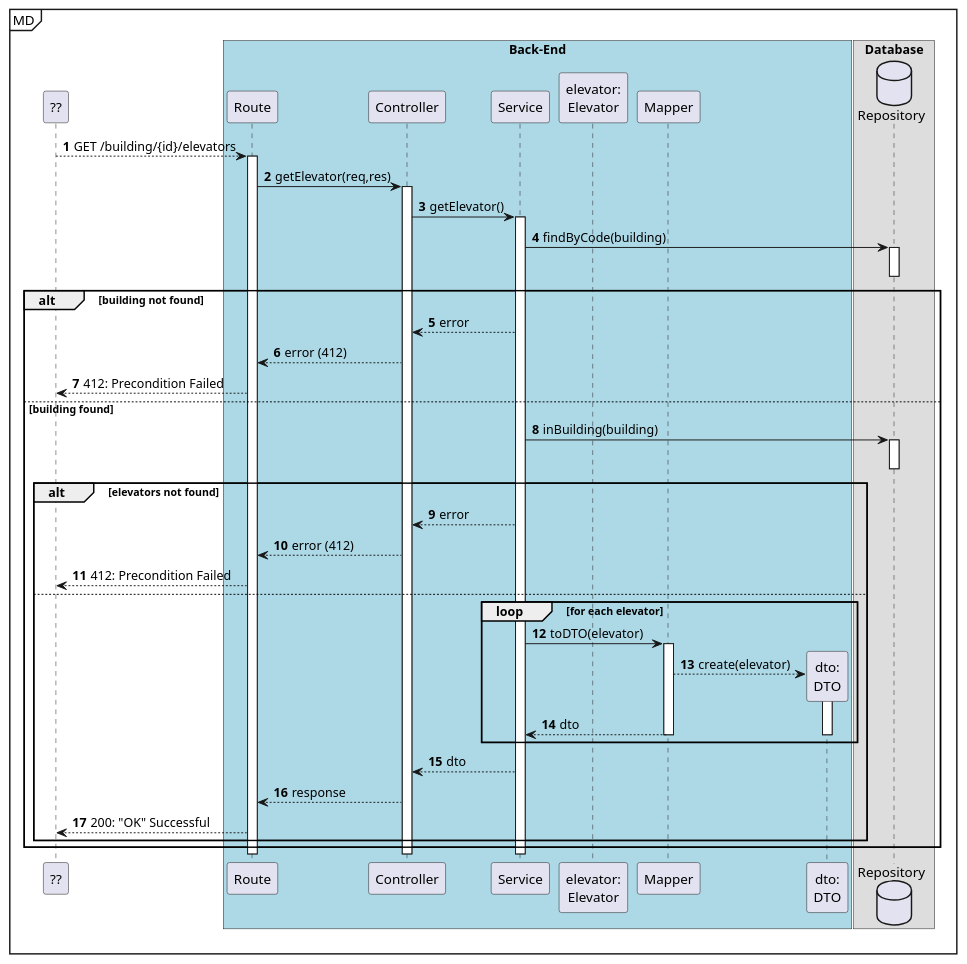
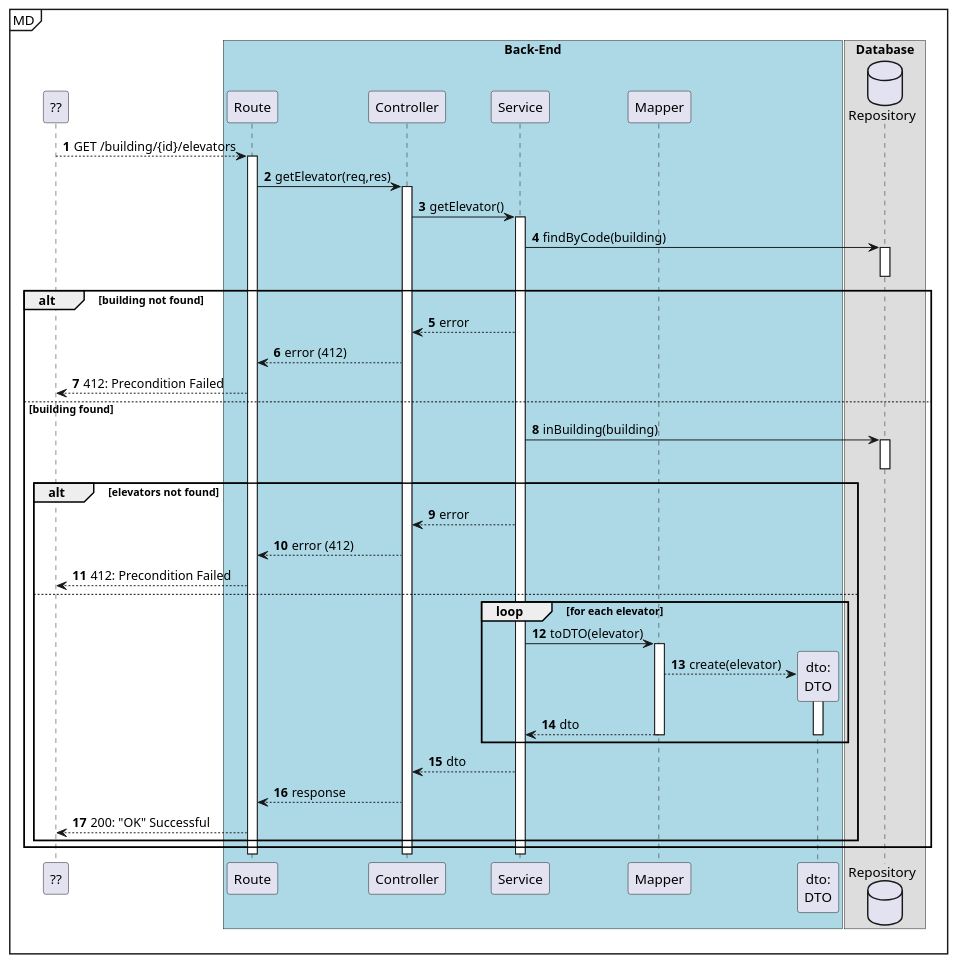
The diagram in docs/us290/level3/process-view.puml (Departamento-de-Engenharia-Informatica/lapr5-23-24-g19), drawn with PlantUML before and after one commit. The commit also changed 3 other files, not shown here.

```diff
--- a/docs/us290/level3/process-view.puml
+++ b/docs/us290/level3/process-view.puml
@@ -1,68 +1,68 @@
 @startuml
 autonumber
 
 participant "??" as ui
 
 mainframe MD
 box "Back-End" #LightBlue
 participant "Route" as r
 participant "Controller" as ctrl
 participant "Service" as svc
 
-participant "elevator:\nElevator" as floor
+
 participant "Mapper" as map
 participant "dto:\nDTO" as dto
 end box
 
 box "Database"
 database "Repository" as repo
 end box
 
 ui --> r: GET /building/{id}/elevators
     activate r
         r -> ctrl : getElevator(req,res)
         activate ctrl
             ctrl -> svc : getElevator()
             activate svc
                 svc -> repo : findByCode(building)
                 activate repo
                 deactivate repo
 
                 alt building not found
                     svc --> ctrl : error
                     ctrl --> r : error (412)
                     ui<--r : 412: Precondition Failed
                 else building found
 
                     svc -> repo: inBuilding(building)
                     activate repo
                     deactivate repo
 
                     alt elevators not found
                         svc --> ctrl : error
                         ctrl --> r : error (412)
                         ui<--r : 412: Precondition Failed
 
                     else
 
                         loop for each elevator
 
                                 svc -> map : toDTO(elevator)
                             activate map
                                 map --> dto** : create(elevator)
                                 activate dto
                                     map --> svc : dto
                                 deactivate dto
                             deactivate map
                         end loop
                             svc --> ctrl : dto
                             ctrl --> r : response
                             ui<-- r : 200: "OK" Successful
 
                     end
                 end
             deactivate svc
         deactivate ctrl
     deactivate r
 
 @enduml
```
